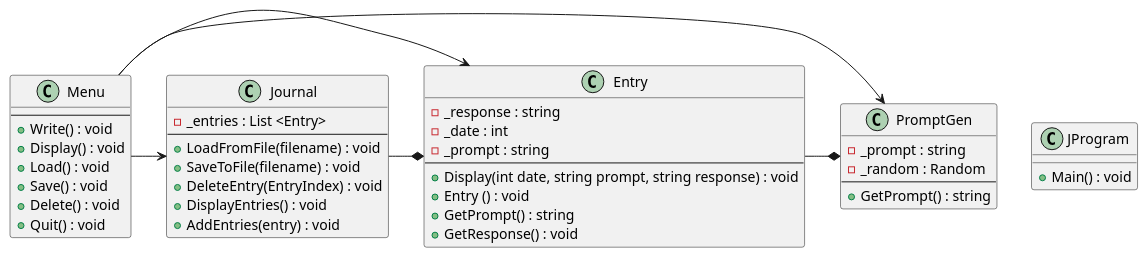
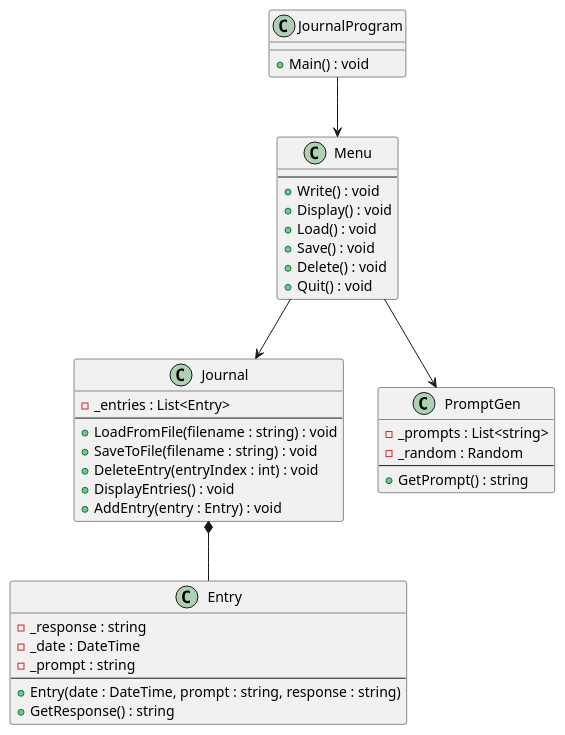
One commit to automotopia2/cse21---projects changed the diagram in prove/Develop02/Journal_project/D02_UML.puml. Above: the diagram before and after it, drawn with PlantUML. The commit also changed 13 other files, not shown here.

Commit message:
Finished the display entries and made it so there was only one instance of journal and menu per run.

```diff
--- a/prove/Develop02/Journal_project/D02_UML.puml
+++ b/prove/Develop02/Journal_project/D02_UML.puml
@@ -1,57 +1,53 @@
 @startuml JournalProgram
 
-Class JProgram
+class JournalProgram
 {
     +Main() : void
 }
 
-Class Journal
+class Journal
 {
-- _entries : List <Entry>
---
-+ LoadFromFile(filename) : void
-+ SaveToFile(filename) : void
-+ DeleteEntry(EntryIndex) : void
-+ DisplayEntries() : void
-+ AddEntries(entry) : void
+    - _entries : List<Entry>
+    --
+    +LoadFromFile(filename : string) : void
+    +SaveToFile(filename : string) : void
+    +DeleteEntry(entryIndex : int) : void
+    +DisplayEntries() : void
+    +AddEntry(entry : Entry) : void
 }
 
 class Entry
 {
--_response : string
--_date : int
--_prompt : string
---
-+Display(int date, string prompt, string response) : void
-+Entry () : void
-+GetPrompt() : string
-+GetResponse() : void
+    - _response : string
+    - _date : DateTime
+    - _prompt : string
+    --
+    +Entry(date : DateTime, prompt : string, response : string)
+    +GetResponse() : string
 }
 
 class PromptGen
 {
--_prompt : string
--_random : Random
---
-+GetPrompt() : string
+    - _prompts : List<string>
+    - _random : Random
+    --
+    +GetPrompt() : string
 }
 
 class Menu
 {
---
-+Write() : void
-+Display() : void
-+Load() : void
-+Save() : void
-+Delete() : void
-+Quit() : void
+    --
+    +Write() : void
+    +Display() : void
+    +Load() : void
+    +Save() : void
+    +Delete() : void
+    +Quit() : void
 }
 
-Journal -* Entry
-Entry -* PromptGen
-Menu -> PromptGen
-Menu -> Entry
-Menu -> Journal
-
+Journal *-- Entry
+Menu --> Journal
+Menu --> PromptGen
+JournalProgram --> Menu
 
 @enduml
```
